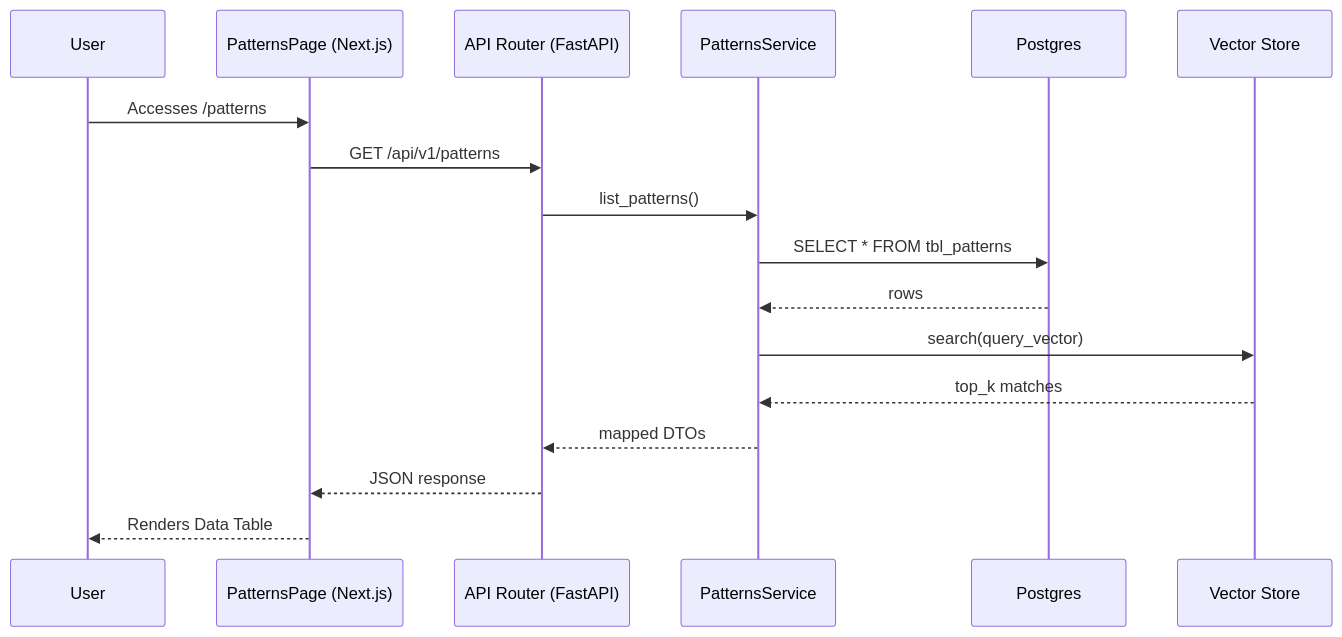
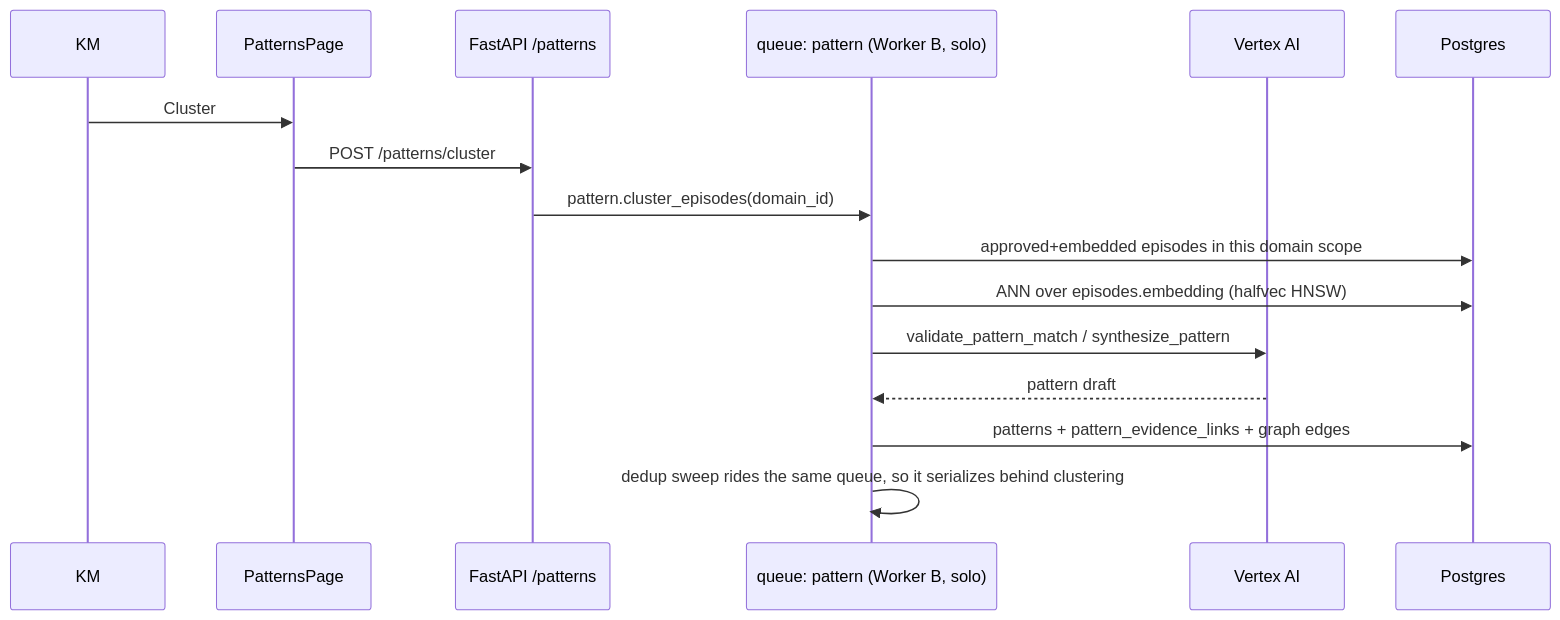
The seventh of 26 diagrams in docs/11_UI_Tabs_Explanation.md (Valuedx/ContextEdge), drawn with Mermaid before and after one commit. The commit also changed other lines of this file and 48 other files, not shown here.

````diff
--- a/docs/11_UI_Tabs_Explanation.md
+++ b/docs/11_UI_Tabs_Explanation.md
@@ -581,20 +739,19 @@
 ```mermaid
 sequenceDiagram
-    participant User
-    participant Frontend as PatternsPage (Next.js)
-    participant API as API Router (FastAPI)
-    participant Service as PatternsService
+    participant KM
+    participant Page as PatternsPage
+    participant API as FastAPI /patterns
+    participant PatQ as queue: pattern (Worker B, solo)
+    participant LLM as Vertex AI
     participant DB as Postgres
-    participant Vector as Vector Store
-    
-    User->>Frontend: Accesses /patterns
-    Frontend->>API: GET /api/v1/patterns
-    API->>Service: list_patterns()
-    Service->>DB: SELECT * FROM tbl_patterns
-    DB-->>Service: rows
-    Service->>Vector: search(query_vector)
-    Vector-->>Service: top_k matches
-    Service-->>API: mapped DTOs
-    API-->>Frontend: JSON response
-    Frontend-->>User: Renders Data Table
+
+    KM->>Page: Cluster
+    Page->>API: POST /patterns/cluster
+    API->>PatQ: pattern.cluster_episodes(domain_id)
+    PatQ->>DB: approved+embedded episodes in this domain scope
+    PatQ->>DB: ANN over episodes.embedding (halfvec HNSW)
+    PatQ->>LLM: validate_pattern_match / synthesize_pattern
+    LLM-->>PatQ: pattern draft
+    PatQ->>DB: patterns + pattern_evidence_links + graph edges
+    PatQ->>PatQ: dedup sweep rides the same queue, so it serializes behind clustering
 ```
````
